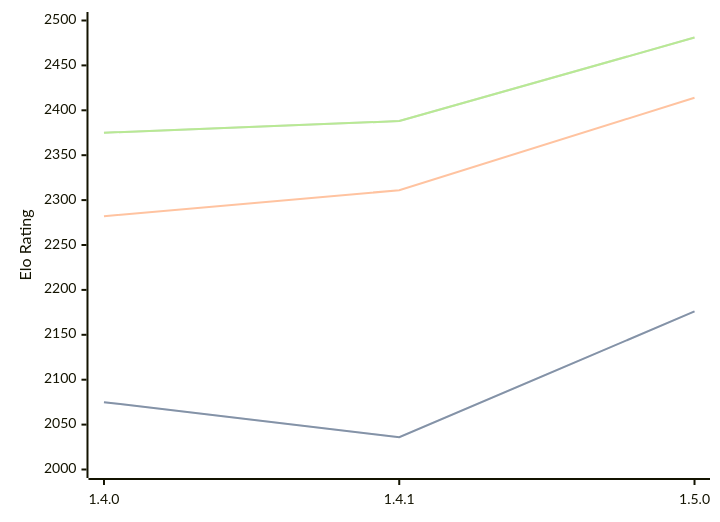
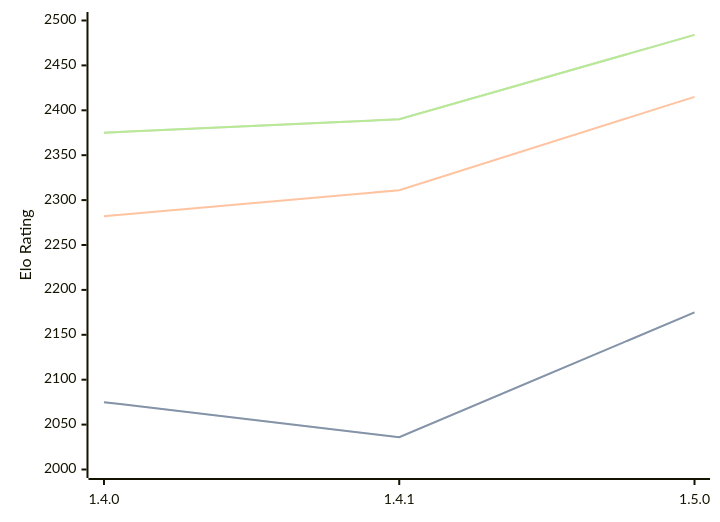
Before and after one commit to computer-chess-index/cci: the diagram in engines/Tofiks.md, drawn with Mermaid. The commit also changed other lines of this file, not shown here.

Commit message:
Update CCI Ratings (ELO VLTC) - 2026-06-11

````diff
--- a/engines/Tofiks.md
+++ b/engines/Tofiks.md
@@ -37,11 +37,11 @@
 ```mermaid
 %%{init: {"theme":"base","themeVariables":{"seriesColors:['#a3a3a3','#222221','#faa371']}}}%%
 xychart-beta
   x-axis ["1.4.0", "1.4.1", "1.5.0"]
   y-axis "Elo Rating" 2000 --> 2500
-  line "STC (8.0+0.08s)" [2075, 2036, 2176]
-  line "STC (8.0+0.08s)" [2075, 2036, 2176]
-  line "LTC (60.0+0.60s)" [2282, 2311, 2414]
-  line "VLTC (2m24s+1.12s)" [2375, 2388, 2481]
-  line "VLTC (2m24s+1.12s)" [2375, 2388, 2481]
+  line "STC (8.0+0.08s)" [2075, 2036, 2175]
+  line "STC (8.0+0.08s)" [2075, 2036, 2175]
+  line "LTC (60.0+0.60s)" [2282, 2311, 2415]
+  line "VLTC (2m24s+1.12s)" [2375, 2390, 2484]
+  line "VLTC (2m24s+1.12s)" [2375, 2390, 2484]
 ```
````
